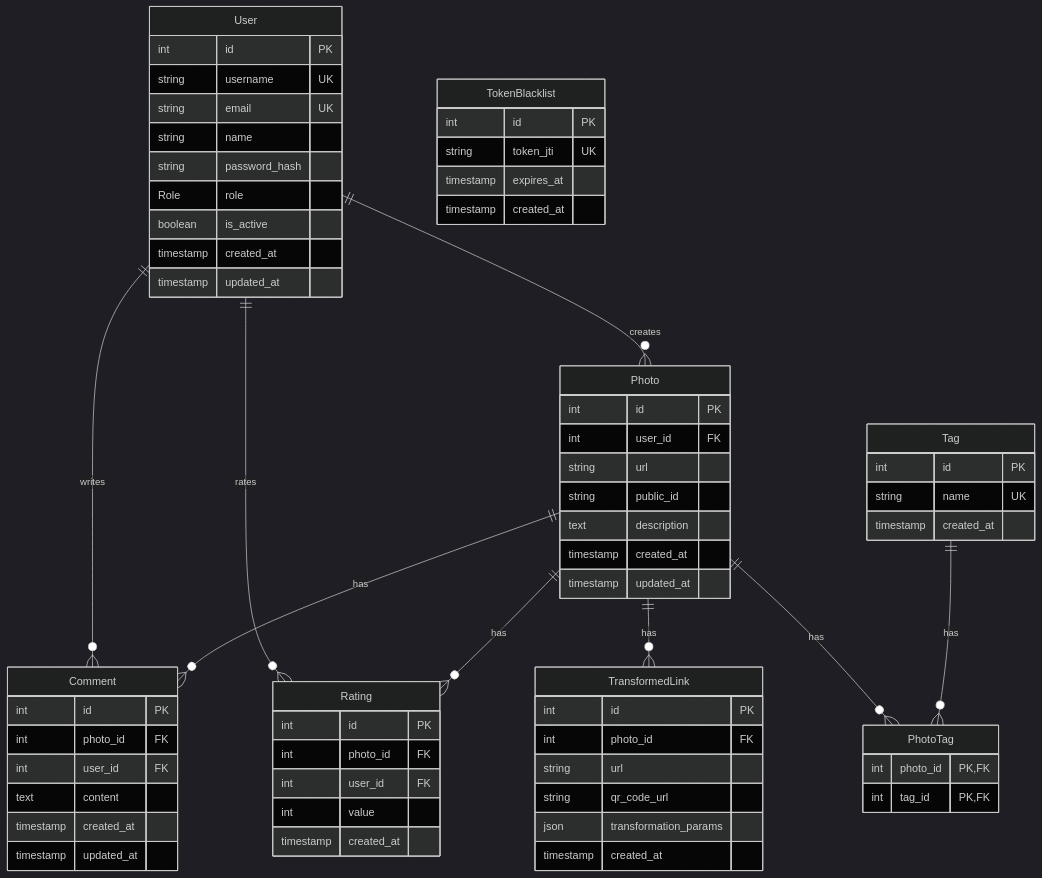
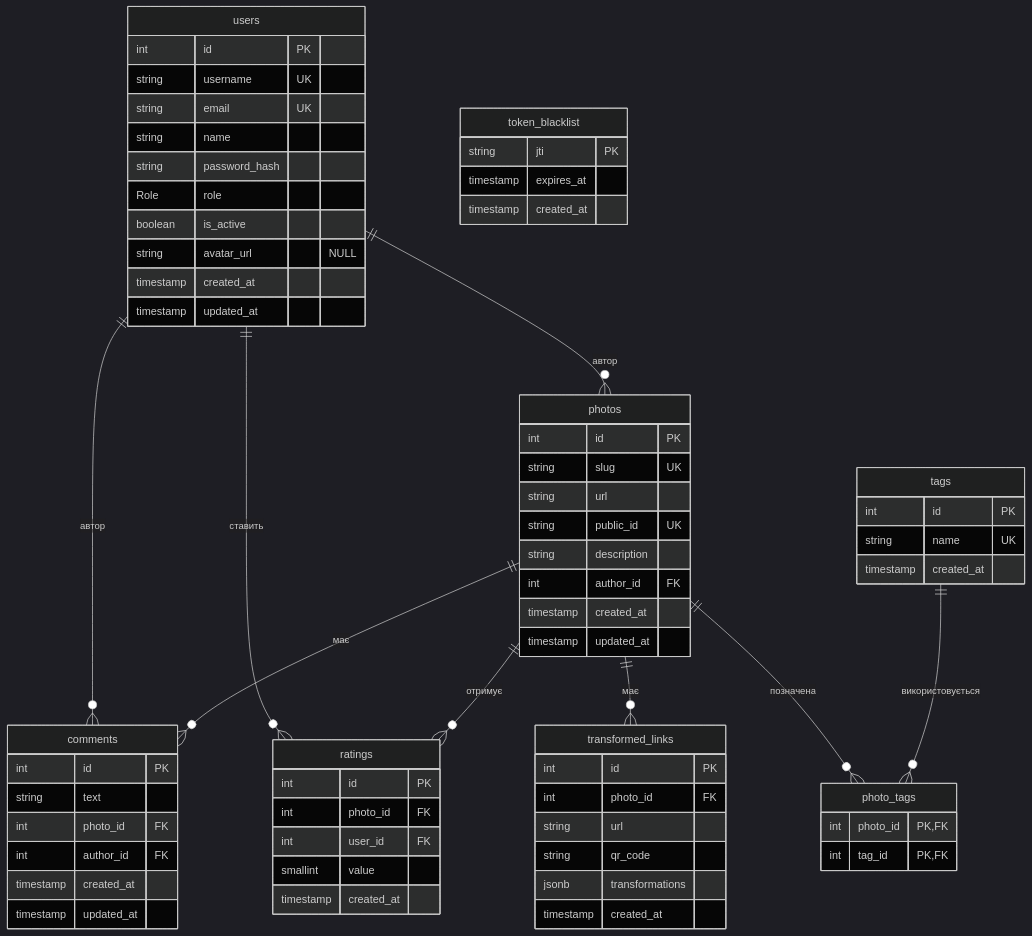
The diagram in docs/DATA_MODEL.md (nikita-kotliar/photoShare), drawn with Mermaid (dark theme) before and after one commit. The commit also changed other lines of this file, not shown here.

````diff
--- a/docs/DATA_MODEL.md
+++ b/docs/DATA_MODEL.md
@@ -9,77 +13,71 @@
 ```mermaid
 erDiagram
-    User ||--o{ Photo : creates
-    User ||--o{ Comment : writes
-    User ||--o{ Rating : rates
-    Photo ||--o{ Comment : has
-    Photo ||--o{ Rating : has
-    Photo ||--o{ TransformedLink : has
-    Photo ||--o{ PhotoTag : has
-    Tag ||--o{ PhotoTag : has
+    users ||--o{ photos : "автор"
+    users ||--o{ comments : "автор"
+    users ||--o{ ratings : "ставить"
+    photos ||--o{ comments : "має"
+    photos ||--o{ ratings : "отримує"
+    photos ||--o{ transformed_links : "має"
+    photos ||--o{ photo_tags : "позначена"
+    tags ||--o{ photo_tags : "використовується"
 
-    User {
+    users {
         int id PK
         string username UK
         string email UK
         string name
         string password_hash
         Role role
         boolean is_active
+        string avatar_url "NULL"
         timestamp created_at
         timestamp updated_at
     }
-
-    Photo {
+    photos {
         int id PK
-        int user_id FK
+        string slug UK
         string url
-        string public_id
-        text description
+        string public_id UK
+        string description
+        int author_id FK
         timestamp created_at
         timestamp updated_at
     }
-
-    Tag {
+    tags {
         int id PK
         string name UK
         timestamp created_at
     }
-
-    PhotoTag {
-        int photo_id PK, FK
-        int tag_id PK, FK
+    photo_tags {
+        int photo_id PK,FK
+        int tag_id PK,FK
     }
-
-    Comment {
+    comments {
+        int id PK
+        string text
+        int photo_id FK
+        int author_id FK
+        timestamp created_at
+        timestamp updated_at
+    }
+    transformed_links {
+        int id PK
+        int photo_id FK
+        string url
+        string qr_code
+        jsonb transformations
+        timestamp created_at
+    }
+    ratings {
         int id PK
         int photo_id FK
         int user_id FK
-        text content
-        timestamp created_at
-        timestamp updated_at
-    }
-
-    Rating {
-        int id PK
-        int photo_id FK
-        int user_id FK
-        int value
+        smallint value
         timestamp created_at
     }
-
-    TransformedLink {
-        int id PK
-        int photo_id FK
-        string url
-        string qr_code_url
-        json transformation_params
-        timestamp created_at
-    }
-
-    TokenBlacklist {
-        int id PK
-        string token_jti UK
+    token_blacklist {
+        string jti PK
         timestamp expires_at
         timestamp created_at
     }
 ```
````
